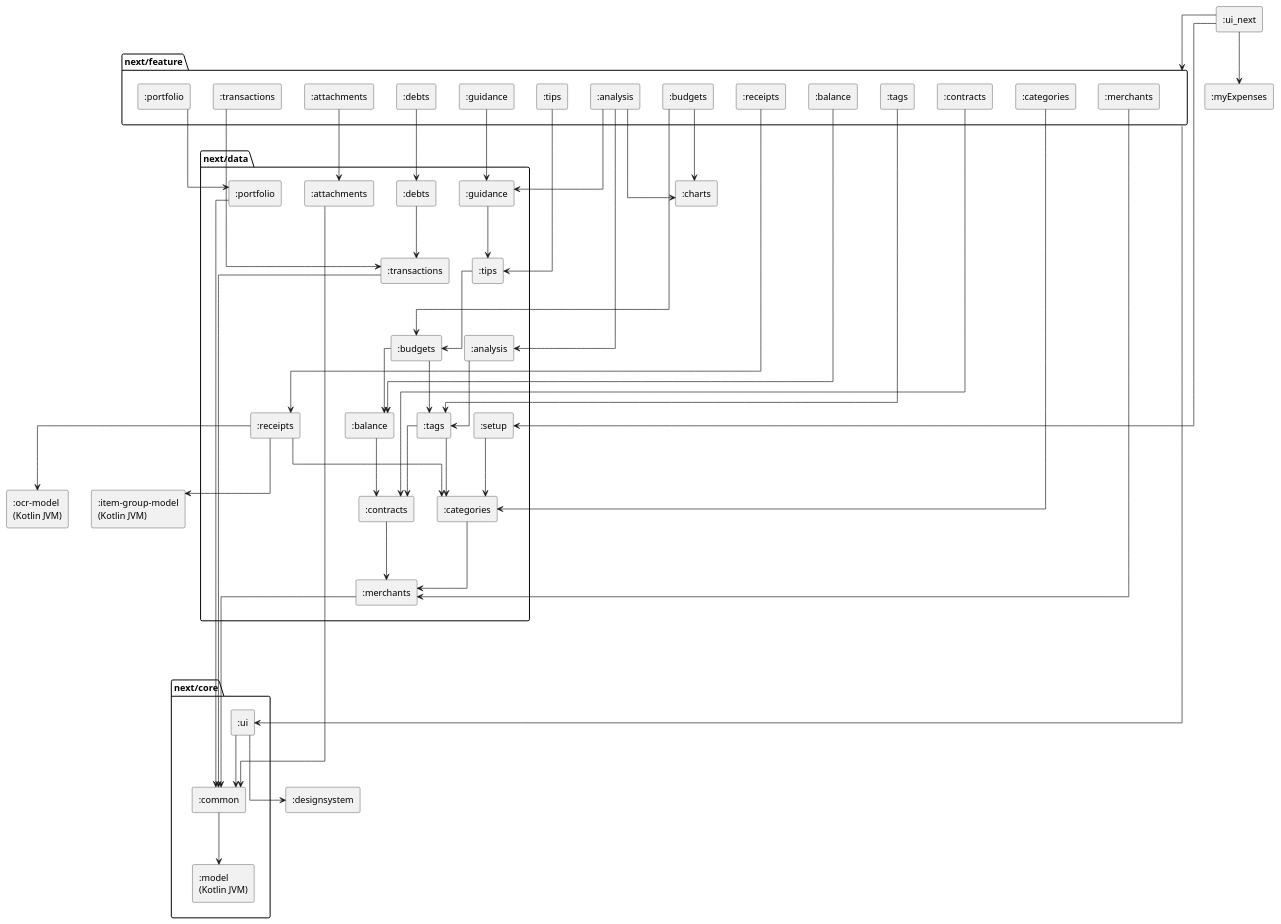
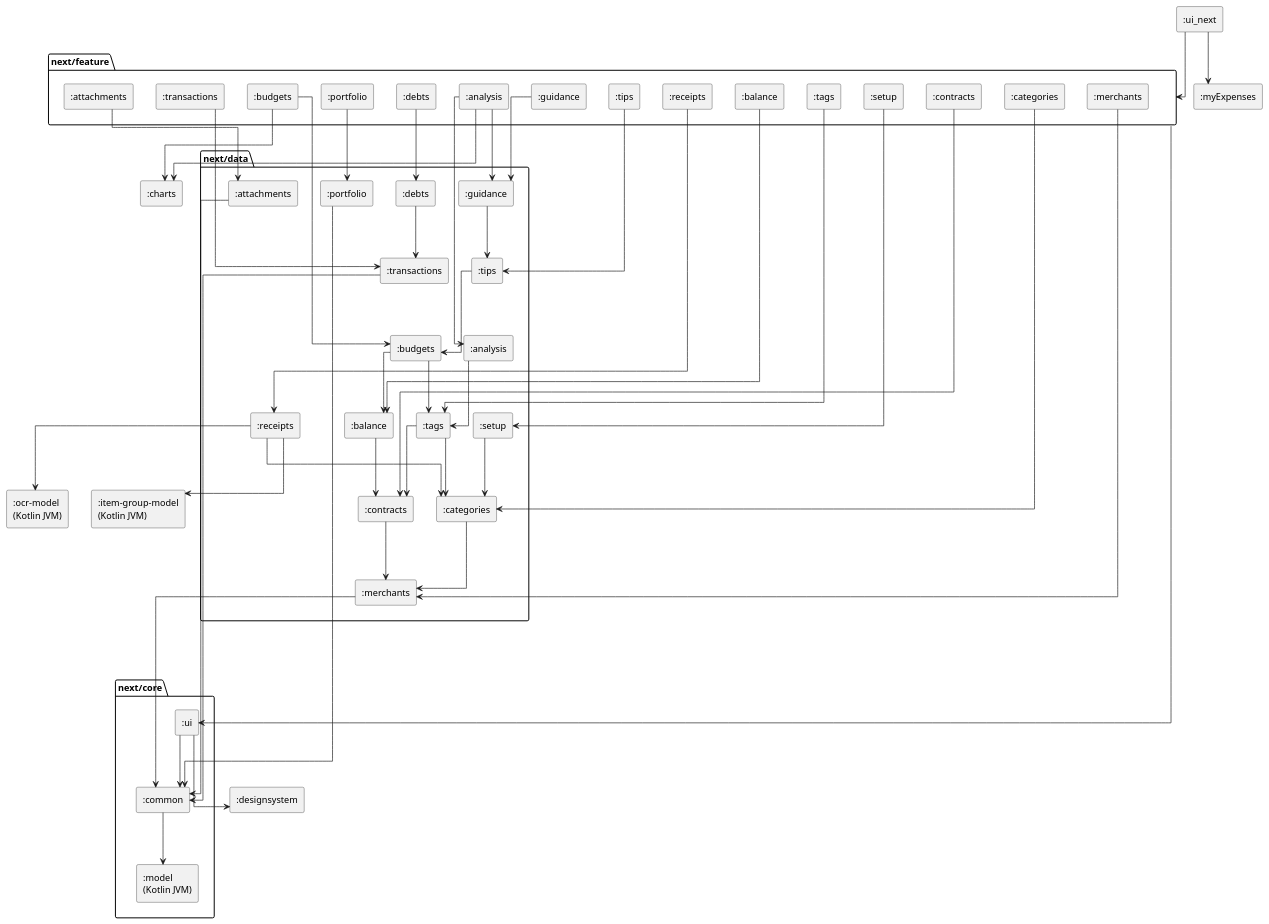
Before and after one commit to castn/MyExpenses: the diagram in ui_next/modules.puml, drawn with PlantUML. The commit also changed 5 other files, not shown here.

```diff
--- a/ui_next/modules.puml
+++ b/ui_next/modules.puml
@@ -1,106 +1,107 @@
 @startuml modules
 ' Generated by the task moduleGraph of build-logic (ModuleGraphPlugin), do not edit.
 ' Dependencies between the modules of the new UI, rule `mod-diagram` of ARCHITECTURE.md.
 ' An edge that follows from a longer path is left out.
 ' An edge from or to a package stands for an edge from or to every module in it.
 skinparam componentStyle rectangle
 skinparam linetype ortho
 skinparam ranksep 80
 top to bottom direction
 
 [:charts] as mCharts
 [:designsystem] as mDesignsystem
 [:item-group-model\n(Kotlin JVM)] as mItemGroupModel
 [:myExpenses] as mMyExpenses
 [:ocr-model\n(Kotlin JVM)] as mOcrModel
 [:ui_next] as mUiNext
 
 package "next/core" as pNextCore {
     [:common] as mNextCoreCommon
     [:model\n(Kotlin JVM)] as mNextCoreModel
     [:ui] as mNextCoreUi
 }
 
 package "next/data" as pNextData {
     [:analysis] as mNextDataAnalysis
     [:attachments] as mNextDataAttachments
     [:balance] as mNextDataBalance
     [:budgets] as mNextDataBudgets
     [:categories] as mNextDataCategories
     [:contracts] as mNextDataContracts
     [:debts] as mNextDataDebts
     [:guidance] as mNextDataGuidance
     [:merchants] as mNextDataMerchants
     [:portfolio] as mNextDataPortfolio
     [:receipts] as mNextDataReceipts
     [:setup] as mNextDataSetup
     [:tags] as mNextDataTags
     [:tips] as mNextDataTips
     [:transactions] as mNextDataTransactions
 }
 
 package "next/feature" as pNextFeature {
     [:analysis] as mNextFeatureAnalysis
     [:attachments] as mNextFeatureAttachments
     [:balance] as mNextFeatureBalance
     [:budgets] as mNextFeatureBudgets
     [:categories] as mNextFeatureCategories
     [:contracts] as mNextFeatureContracts
     [:debts] as mNextFeatureDebts
     [:guidance] as mNextFeatureGuidance
     [:merchants] as mNextFeatureMerchants
     [:portfolio] as mNextFeaturePortfolio
     [:receipts] as mNextFeatureReceipts
+    [:setup] as mNextFeatureSetup
     [:tags] as mNextFeatureTags
     [:tips] as mNextFeatureTips
     [:transactions] as mNextFeatureTransactions
 }
 
 ' Layout only
 mNextDataMerchants -[hidden]--> pNextCore
 mNextFeatureTransactions -[hidden]--> pNextData
 
 mUiNext --> pNextFeature
 pNextFeature --> mNextCoreUi
 mNextCoreCommon --> mNextCoreModel
 mNextCoreUi --> mDesignsystem
 mNextCoreUi --> mNextCoreCommon
 mNextDataAnalysis --> mNextDataTags
 mNextDataAttachments --> mNextCoreCommon
 mNextDataBalance --> mNextDataContracts
 mNextDataBudgets --> mNextDataBalance
 mNextDataBudgets --> mNextDataTags
 mNextDataCategories --> mNextDataMerchants
 mNextDataContracts --> mNextDataMerchants
 mNextDataDebts --> mNextDataTransactions
 mNextDataGuidance --> mNextDataTips
 mNextDataMerchants --> mNextCoreCommon
 mNextDataPortfolio --> mNextCoreCommon
 mNextDataReceipts --> mItemGroupModel
 mNextDataReceipts --> mNextDataCategories
 mNextDataReceipts --> mOcrModel
 mNextDataSetup --> mNextDataCategories
 mNextDataTags --> mNextDataCategories
 mNextDataTags --> mNextDataContracts
 mNextDataTips --> mNextDataBudgets
 mNextDataTransactions --> mNextCoreCommon
 mNextFeatureAnalysis --> mCharts
 mNextFeatureAnalysis --> mNextDataAnalysis
 mNextFeatureAnalysis --> mNextDataGuidance
 mNextFeatureAttachments --> mNextDataAttachments
 mNextFeatureBalance --> mNextDataBalance
 mNextFeatureBudgets --> mCharts
 mNextFeatureBudgets --> mNextDataBudgets
 mNextFeatureCategories --> mNextDataCategories
 mNextFeatureContracts --> mNextDataContracts
 mNextFeatureDebts --> mNextDataDebts
 mNextFeatureGuidance --> mNextDataGuidance
 mNextFeatureMerchants --> mNextDataMerchants
 mNextFeaturePortfolio --> mNextDataPortfolio
 mNextFeatureReceipts --> mNextDataReceipts
+mNextFeatureSetup --> mNextDataSetup
 mNextFeatureTags --> mNextDataTags
 mNextFeatureTips --> mNextDataTips
 mNextFeatureTransactions --> mNextDataTransactions
 mUiNext --> mMyExpenses
-mUiNext --> mNextDataSetup
 @enduml
```
